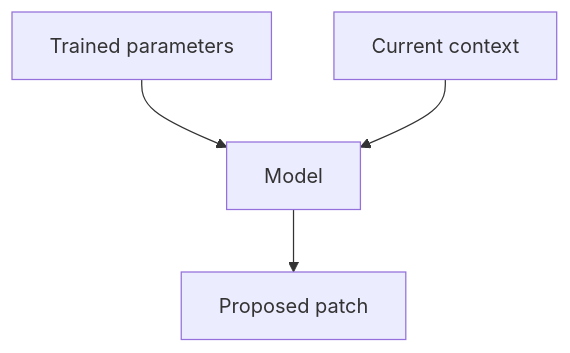
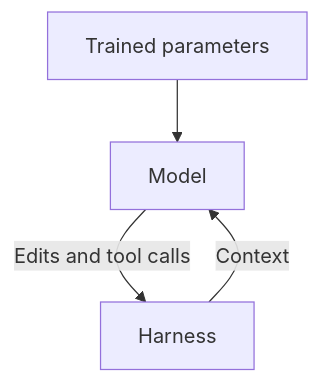
One commit to speedscale/mock-lab changed the first of 4 diagrams in AI-CONTEXT.md. Above: the diagram before and after it, drawn with Mermaid. The commit also changed other lines of this file, not shown here.

Commit message:
docs: distinguish the model from the agent harness

````diff
--- a/AI-CONTEXT.md
+++ b/AI-CONTEXT.md
@@ -7,6 +7,6 @@
 ```mermaid
 flowchart TB
     W["Trained parameters"] --> M["Model"]
-    C["Current context"] --> M
-    M --> P["Proposed patch"]
+    H["Harness"] -->|Context| M
+    M -->|Edits and tool calls| H
 ```
````
